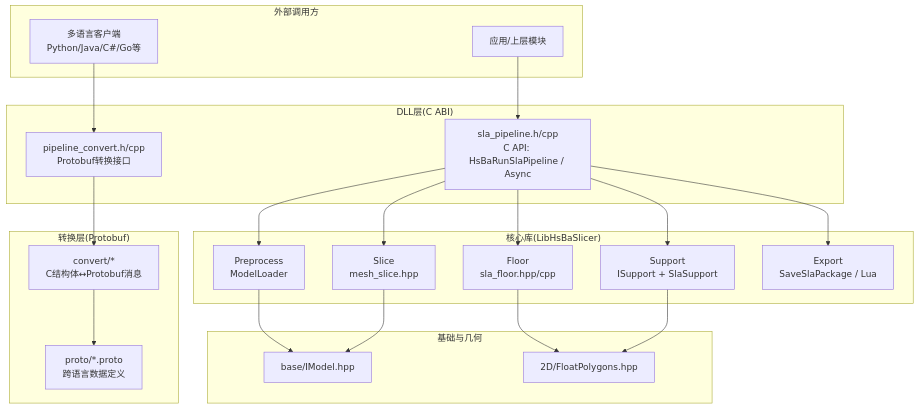
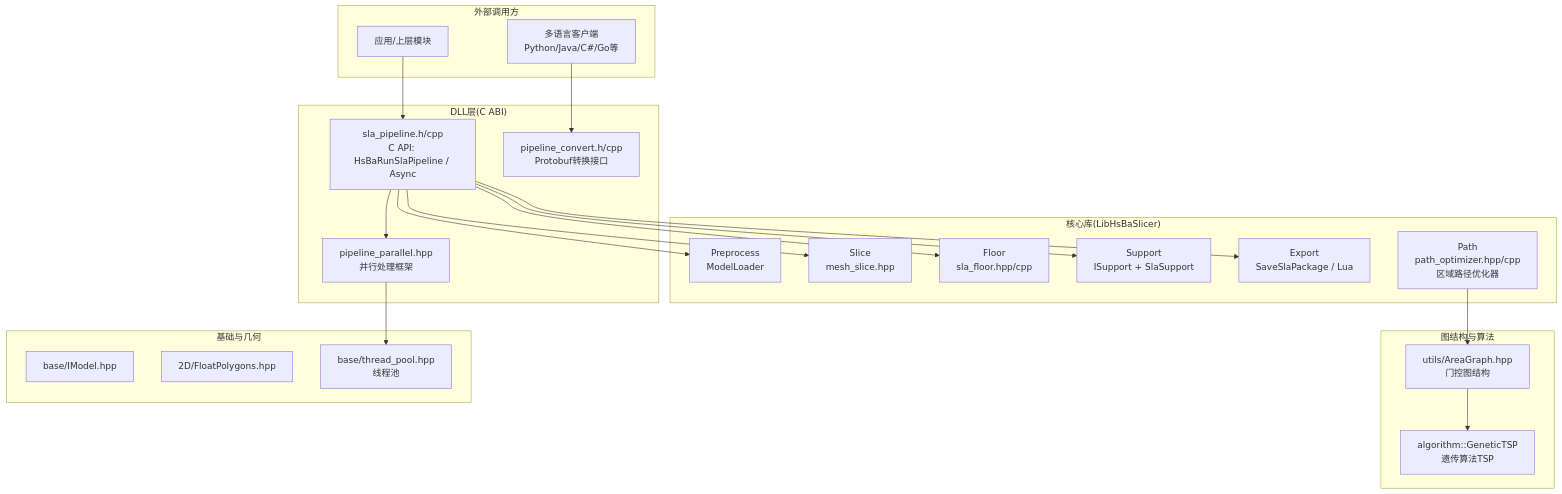
Before and after one commit to hsmbanlance/HsBaSlicer: the first of 13 diagrams in .qoder/repowiki/zh/content/核心模块详解/SLA立体光刻流水线.md, drawn with Mermaid. The commit also changed other lines of this file and 20 other files, not shown here.

````diff
--- a/.qoder/repowiki/zh/content/核心模块详解/SLA立体光刻流水线.md
+++ b/.qoder/repowiki/zh/content/核心模块详解/SLA立体光刻流水线.md
@@ -60,39 +67,40 @@
 ```mermaid
 graph TB
 subgraph "外部调用方"
 App["应用/上层模块"]
 MultiLang["多语言客户端<br/>Python/Java/C#/Go等"]
 end
 subgraph "DLL层(C ABI)"
 CAPI["sla_pipeline.h/cpp<br/>C API: HsBaRunSlaPipeline / Async"]
 ProtoConvert["pipeline_convert.h/cpp<br/>Protobuf转换接口"]
-end
-subgraph "转换层(Protobuf)"
-MsgConvert["convert/*<br/>C结构体↔Protobuf消息"]
-ProtoDefs["proto/*.proto<br/>跨语言数据定义"]
+Parallel["pipeline_parallel.hpp<br/>并行处理框架"]
 end
 subgraph "核心库(LibHsBaSlicer)"
 Pre["Preprocess<br/>ModelLoader"]
 Slice["Slice<br/>mesh_slice.hpp"]
 Floor["Floor<br/>sla_floor.hpp/cpp"]
 Support["Support<br/>ISupport + SlaSupport"]
 Export["Export<br/>SaveSlaPackage / Lua"]
+PathOpt["Path<br/>path_optimizer.hpp/cpp<br/>区域路径优化器"]
+end
+subgraph "图结构与算法"
+AreaGraph["utils/AreaGraph.hpp<br/>门控图结构"]
+GeneticTSP["algorithm::GeneticTSP<br/>遗传算法TSP"]
 end
 subgraph "基础与几何"
 IModel["base/IModel.hpp"]
 Poly["2D/FloatPolygons.hpp"]
+ThreadPool["base/thread_pool.hpp<br/>线程池"]
 end
 App --> CAPI
 MultiLang --> ProtoConvert
-ProtoConvert --> MsgConvert
-MsgConvert --> ProtoDefs
+CAPI --> Parallel
+Parallel --> ThreadPool
 CAPI --> Pre
 CAPI --> Slice
 CAPI --> Floor
 CAPI --> Support
 CAPI --> Export
-Pre --> IModel
-Slice --> IModel
-Floor --> Poly
-Support --> Poly
+PathOpt --> AreaGraph
+AreaGraph --> GeneticTSP
 ```
````
